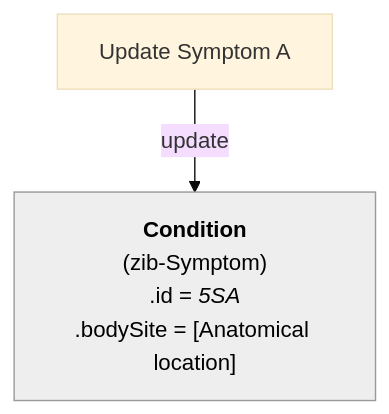
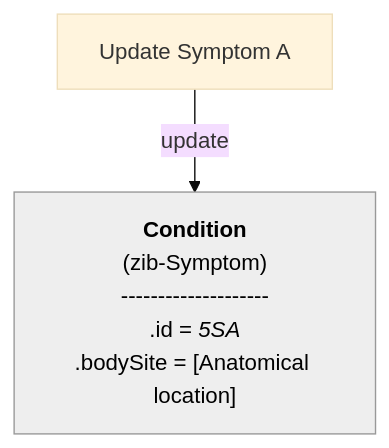
The seventh of 16 diagrams in documentation/Condition-Diagnosis-Symptom.md (Nictiz/Nictiz-R4-zib2024), drawn with Mermaid (base theme) before and after one commit. The commit also changed other lines of this file, not shown here.

````diff
--- a/documentation/Condition-Diagnosis-Symptom.md
+++ b/documentation/Condition-Diagnosis-Symptom.md
@@ -177,14 +254,15 @@
 ```mermaid
 flowchart TB
 
 UpdateSymptom_A["`Update Symptom A`"]
     S_A["`**Condition**
         (zib-Symptom)
+        --------------------
         .id = _5SA_
         .bodySite = [Anatomical location]`"]
-    
+  
     S_A:::Ash
     classDef Ash stroke-width:1px, stroke-dasharray:none, stroke:#999999, fill:#EEEEEE, color:#000000
 
 UpdateSymptom_A -- update --> S_A
 ```
````
